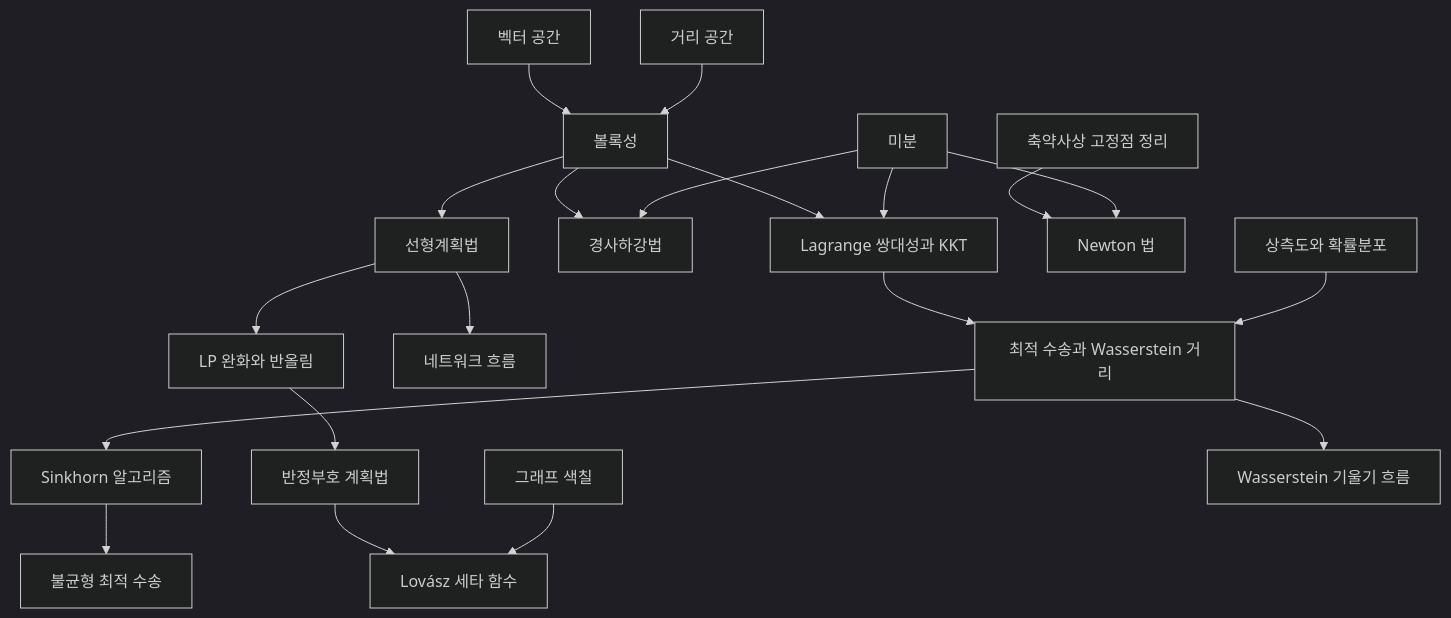
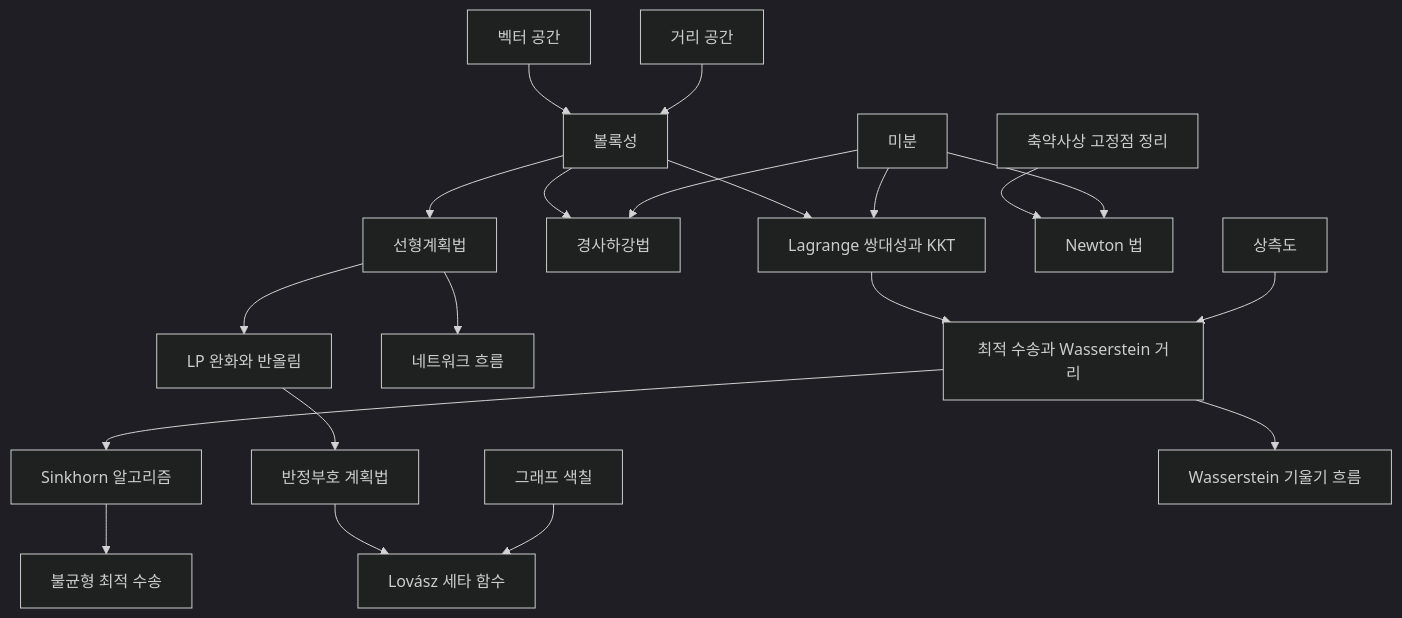
The diagram in docs/optimization-overview.md (Phryxia/math-map), drawn with Mermaid (dark theme) before and after one commit. The commit also changed 49 other files, not shown here.

````diff
--- a/docs/optimization-overview.md
+++ b/docs/optimization-overview.md
@@ -13,22 +13,22 @@
 ```mermaid
 graph TD
   VS["벡터 공간"] --> CX["볼록성"]
   MS["거리 공간"] --> CX
   CX --> LD["Lagrange 쌍대성과 KKT"]
   CX --> GD["경사하강법"]
   CX --> LP["선형계획법"]
   DV["미분"] --> LD
   DV --> GD
   BF["축약사상 고정점 정리"] --> NM["Newton 법"]
   DV --> NM
   LP --> LR["LP 완화와 반올림"]
   LP --> NF["네트워크 흐름"]
   LR --> SD["반정부호 계획법"]
   SD --> LT["Lovász 세타 함수"]
   GC["그래프 색칠"] --> LT
   LD --> OT["최적 수송과 Wasserstein 거리"]
-  PM["상측도와 확률분포"] --> OT
+  PM["상측도"] --> OT
   OT --> SK["Sinkhorn 알고리즘"]
   SK --> UO["불균형 최적 수송"]
   OT --> WG["Wasserstein 기울기 흐름"]
 ```
````
